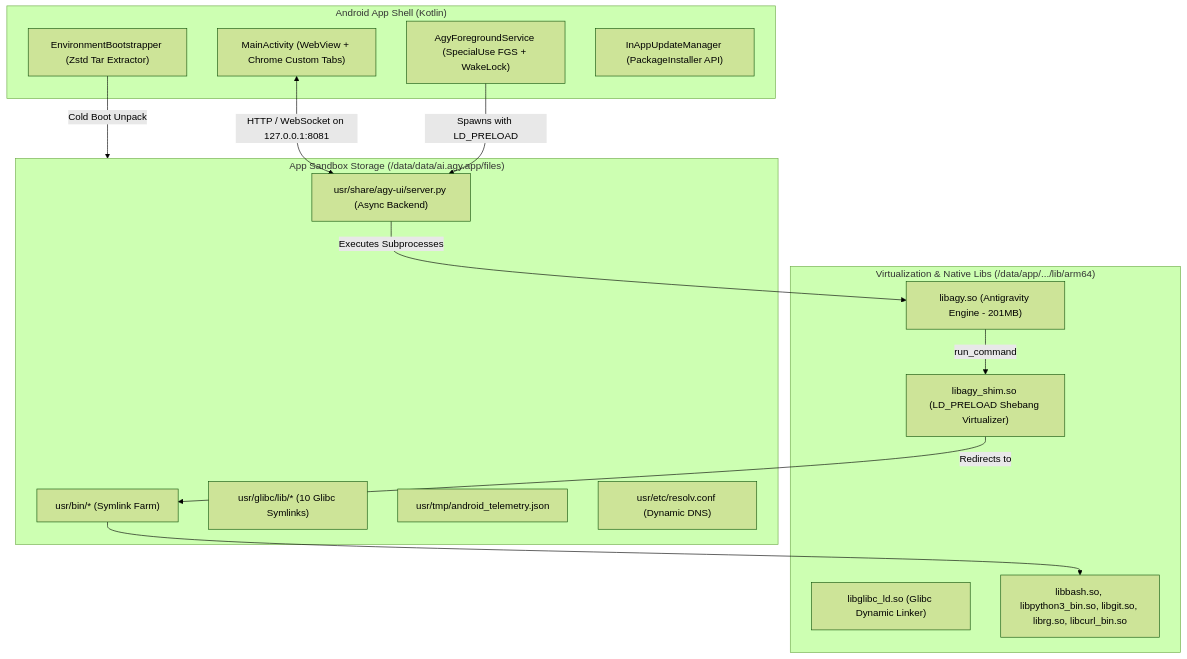
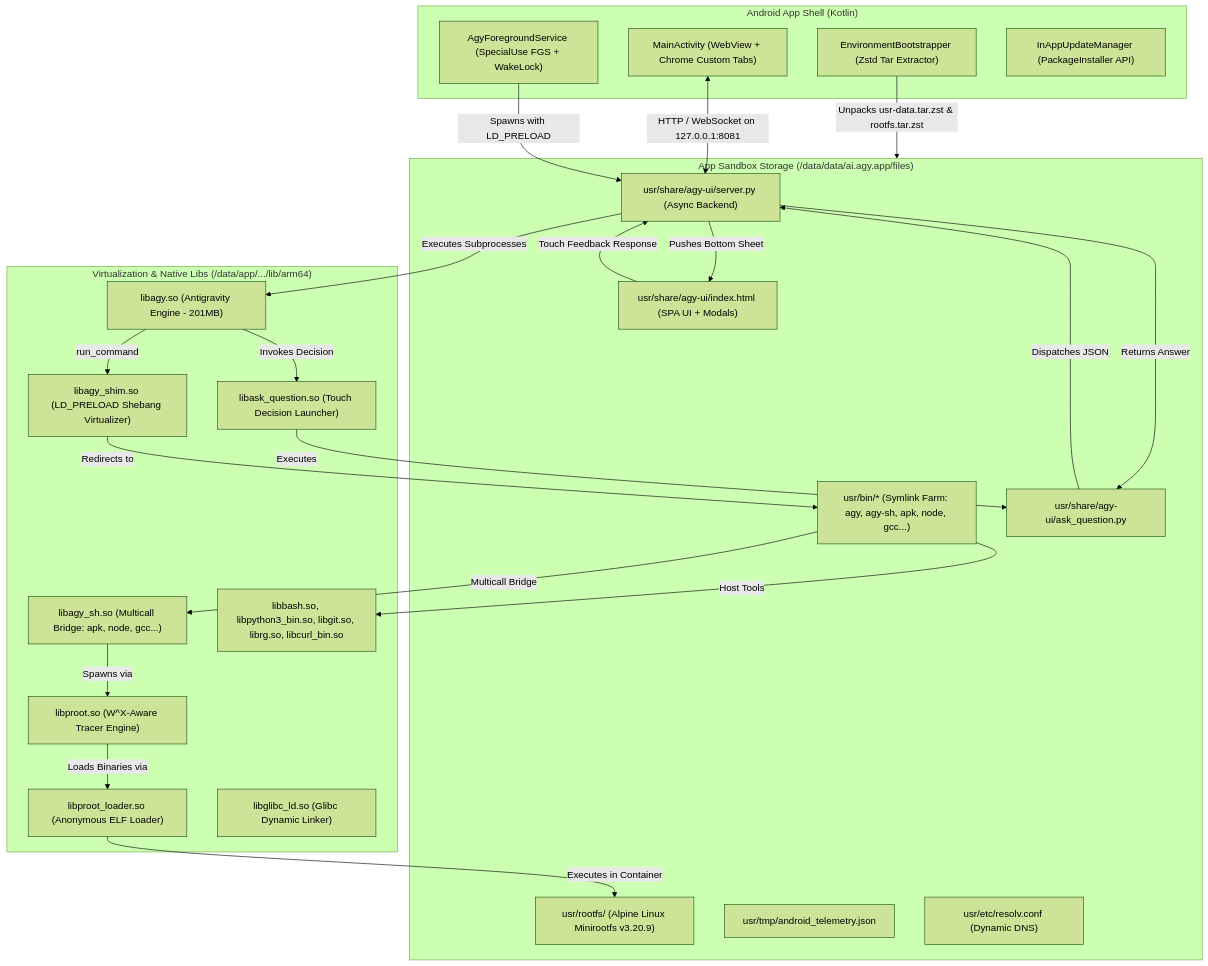
The diagram in README.md (MisterMoeGreen/Antigravity-Studio-App), drawn with Mermaid (forest theme) before and after one commit. The commit also changed other lines of this file and 4 other files, not shown here.

````diff
--- a/README.md
+++ b/README.md
@@ -72,32 +134,51 @@
 ```mermaid
 flowchart TD
     subgraph UI ["Android App Shell (Kotlin)"]
         Activity["MainActivity (WebView + Chrome Custom Tabs)"]
         Service["AgyForegroundService (SpecialUse FGS + WakeLock)"]
         Bootstrapper["EnvironmentBootstrapper (Zstd Tar Extractor)"]
         Updater["InAppUpdateManager (PackageInstaller API)"]
     end
 
-    subgraph Native ["Virtualization & Native Libs (/data/app/.../lib/arm64)"]
+    subgraph NativeLibs ["Virtualization & Native Libs (/data/app/.../lib/arm64)"]
+        AgyCore["libagy.so (Antigravity Engine - 201MB)"]
+        PRoot["libproot.so (W^X-Aware Tracer Engine)"]
+        AnonLoader["libproot_loader.so (Anonymous ELF Loader)"]
+        Bridge["libagy_sh.so (Multicall Bridge: apk, node, gcc...)"]
         Shim["libagy_shim.so (LD_PRELOAD Shebang Virtualizer)"]
+        AskLauncher["libask_question.so (Touch Decision Launcher)"]
         GlibcLd["libglibc_ld.so (Glibc Dynamic Linker)"]
-        AgyCore["libagy.so (Antigravity Engine - 201MB)"]
-        Toolchain["libbash.so, libpython3_bin.so, libgit.so, librg.so, libcurl_bin.so"]
+        HostTools["libbash.so, libpython3_bin.so, libgit.so, librg.so, libcurl_bin.so"]
     end
 
     subgraph Sandbox ["App Sandbox Storage (/data/data/ai.agy.app/files)"]
-        UsrBin["usr/bin/* (Symlink Farm)"]
-        UsrGlibc["usr/glibc/lib/* (10 Glibc Symlinks)"]
+        UsrBin["usr/bin/* (Symlink Farm: agy, agy-sh, apk, node, gcc...)"]
+        UsrRootfs["usr/rootfs/ (Alpine Linux Minirootfs v3.20.9)"]
         Telemetry["usr/tmp/android_telemetry.json"]
         Resolv["usr/etc/resolv.conf (Dynamic DNS)"]
         ServerPy["usr/share/agy-ui/server.py (Async Backend)"]
+        AskBridge["usr/share/agy-ui/ask_question.py"]
+        WebAssets["usr/share/agy-ui/index.html (SPA UI + Modals)"]
     end
 
     Activity <-->|HTTP / WebSocket on 127.0.0.1:8081| ServerPy
     Service -->|Spawns with LD_PRELOAD| ServerPy
     ServerPy -->|Executes Subprocesses| AgyCore
     AgyCore -->|run_command| Shim
     Shim -->|Redirects to| UsrBin
-    UsrBin --> Toolchain
-    Bootstrapper -->|Cold Boot Unpack| Sandbox
+
+    UsrBin -->|Host Tools| HostTools
+    UsrBin -->|Multicall Bridge| Bridge
+    Bridge -->|Spawns via| PRoot
+    PRoot -->|Loads Binaries via| AnonLoader
+    AnonLoader -->|Executes in Container| UsrRootfs
+
+    AgyCore -->|Invokes Decision| AskLauncher
+    AskLauncher -->|Executes| AskBridge
+    AskBridge -->|Dispatches JSON| ServerPy
+    ServerPy -->|Pushes Bottom Sheet| WebAssets
+    WebAssets -->|Touch Feedback Response| ServerPy
+    ServerPy -->|Returns Answer| AskBridge
+
+    Bootstrapper -->|Unpacks usr-data.tar.zst & rootfs.tar.zst| Sandbox
 ```
````
